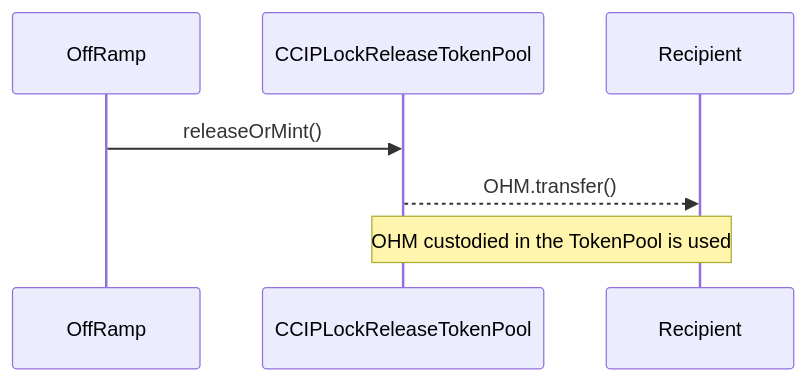
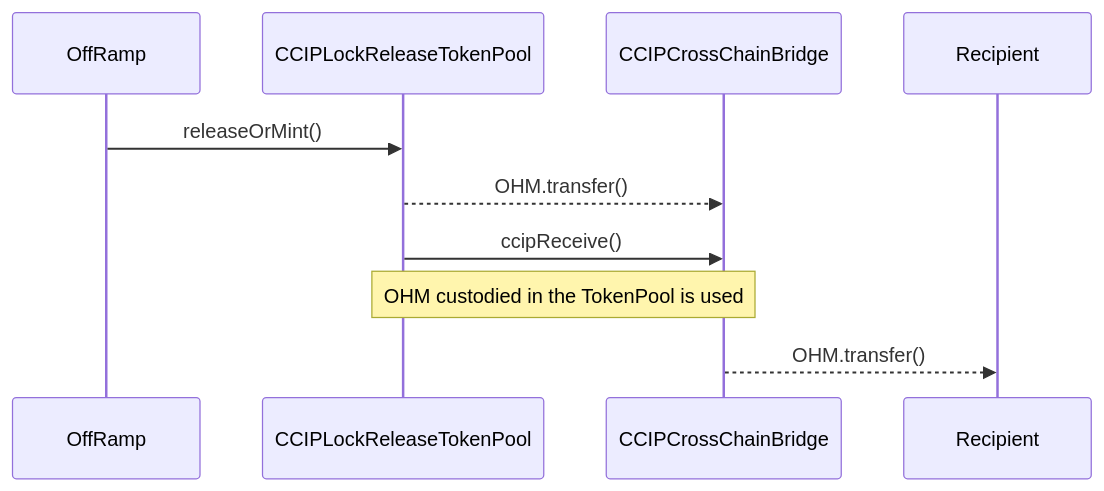
Before and after one commit to OlympusDAO/olympus-v3: the third of 4 diagrams in audit/2025-05_ccip/README.md, drawn with Mermaid. The commit also changed other lines of this file, not shown here.

````diff
--- a/audit/2025-05_ccip/README.md
+++ b/audit/2025-05_ccip/README.md
@@ -145,10 +158,13 @@
 ```mermaid
 sequenceDiagram
     participant OffRamp
     participant CCIPLockReleaseTokenPool
+    participant CCIPCrossChainBridge
     participant Recipient
 
     OffRamp->>CCIPLockReleaseTokenPool: releaseOrMint()
-    CCIPLockReleaseTokenPool-->>Recipient: OHM.transfer()
-    Note over CCIPLockReleaseTokenPool, Recipient: OHM custodied in the TokenPool is used
+    CCIPLockReleaseTokenPool-->>CCIPCrossChainBridge: OHM.transfer()
+    CCIPLockReleaseTokenPool->>CCIPCrossChainBridge: ccipReceive()
+    Note over CCIPLockReleaseTokenPool, CCIPCrossChainBridge: OHM custodied in the TokenPool is used
+    CCIPCrossChainBridge-->>Recipient: OHM.transfer()
 ```
````
